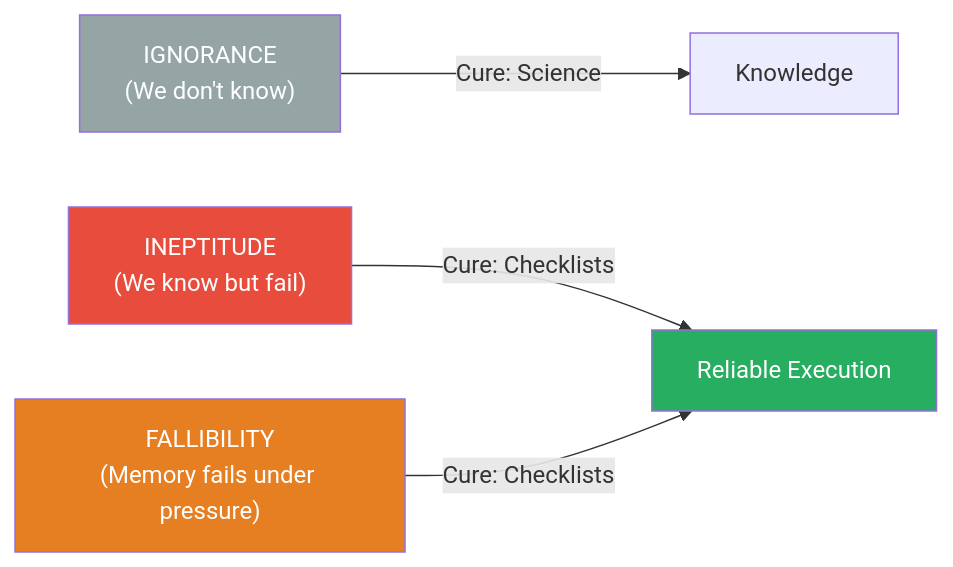
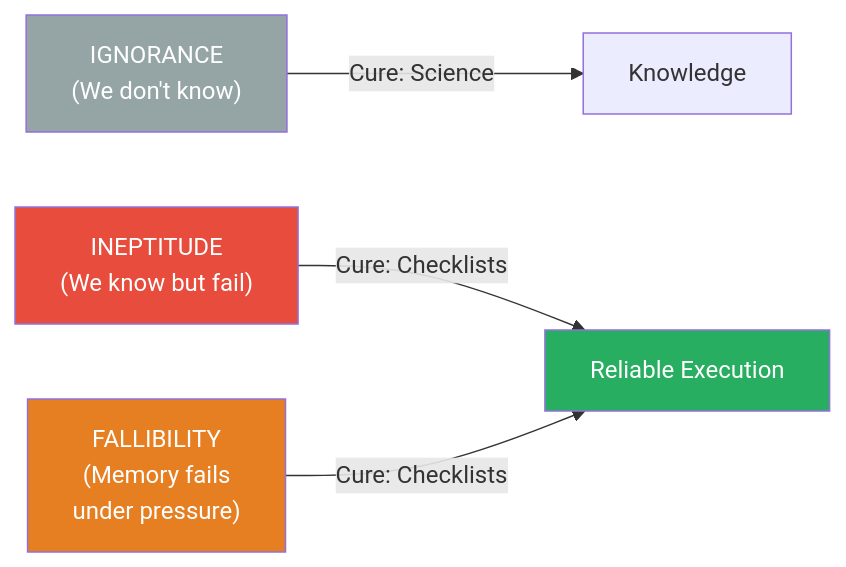
Before and after one commit to alius33/reader: the first of 7 diagrams in summaries/Strategy & Systems Thinking/The Checklist Manifesto - Atul Gawande.md, drawn with Mermaid. The commit also changed other lines of this file and 272 other files, not shown here.

````diff
--- a/summaries/Strategy & Systems Thinking/The Checklist Manifesto - Atul Gawande.md
+++ b/summaries/Strategy & Systems Thinking/The Checklist Manifesto - Atul Gawande.md
@@ -30,10 +41,10 @@
 ```mermaid
 flowchart LR
-    A["IGNORANCE\n(We don't know)"] -->|Cure: Science| D[Knowledge]
-    B["INEPTITUDE\n(We know but fail)"] -->|Cure: Checklists| E[Reliable Execution]
-    C["FALLIBILITY\n(Memory fails under pressure)"] -->|Cure: Checklists| E
+    A["IGNORANCE<br>(We don't know)"] -->|Cure: Science| D[Knowledge]
+    B["INEPTITUDE<br>(We know but fail)"] -->|Cure: Checklists| E[Reliable Execution]
+    C["FALLIBILITY<br>(Memory fails<br>under pressure)"] -->|Cure: Checklists| E
     style A fill:#95a5a6,color:#fff
     style B fill:#e74c3c,color:#fff
     style C fill:#e67e22,color:#fff
     style E fill:#27ae60,color:#fff
 ```
````
